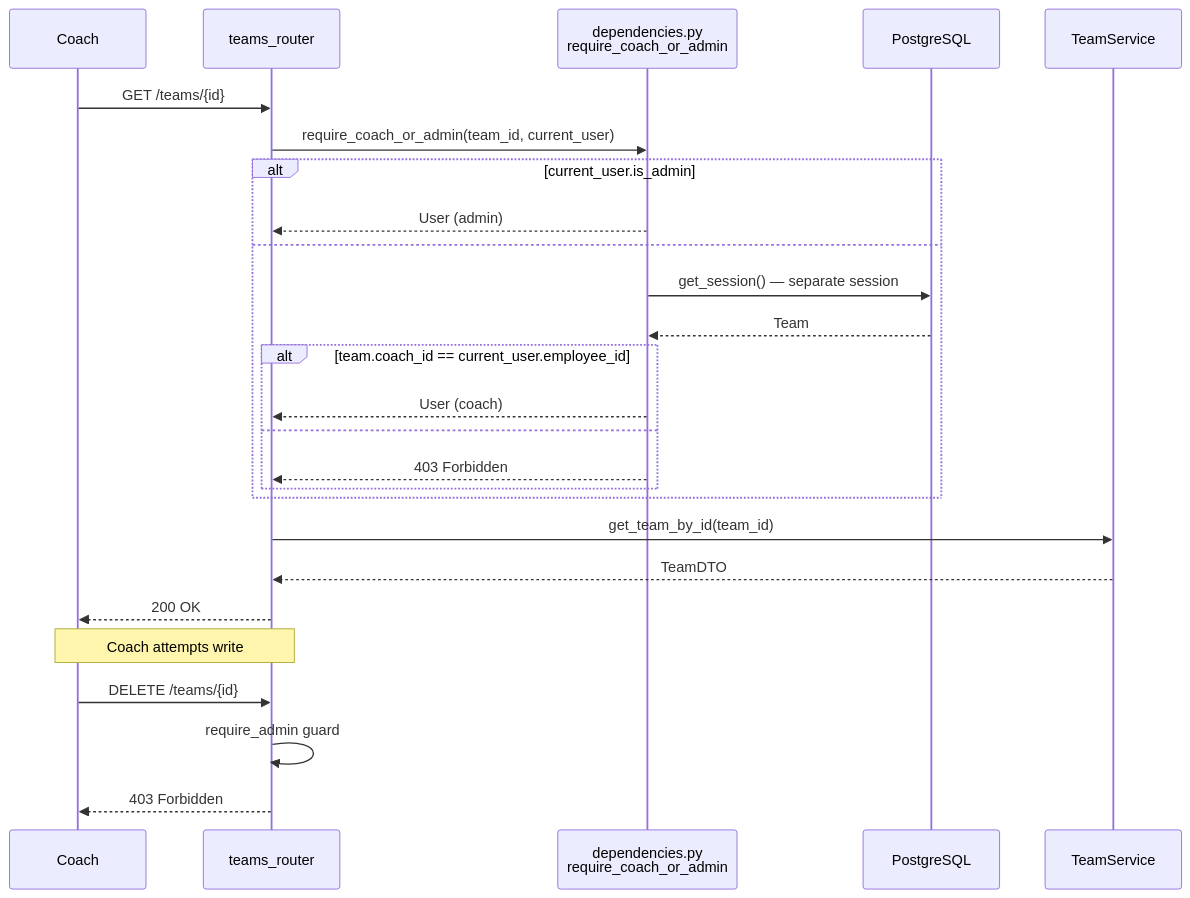
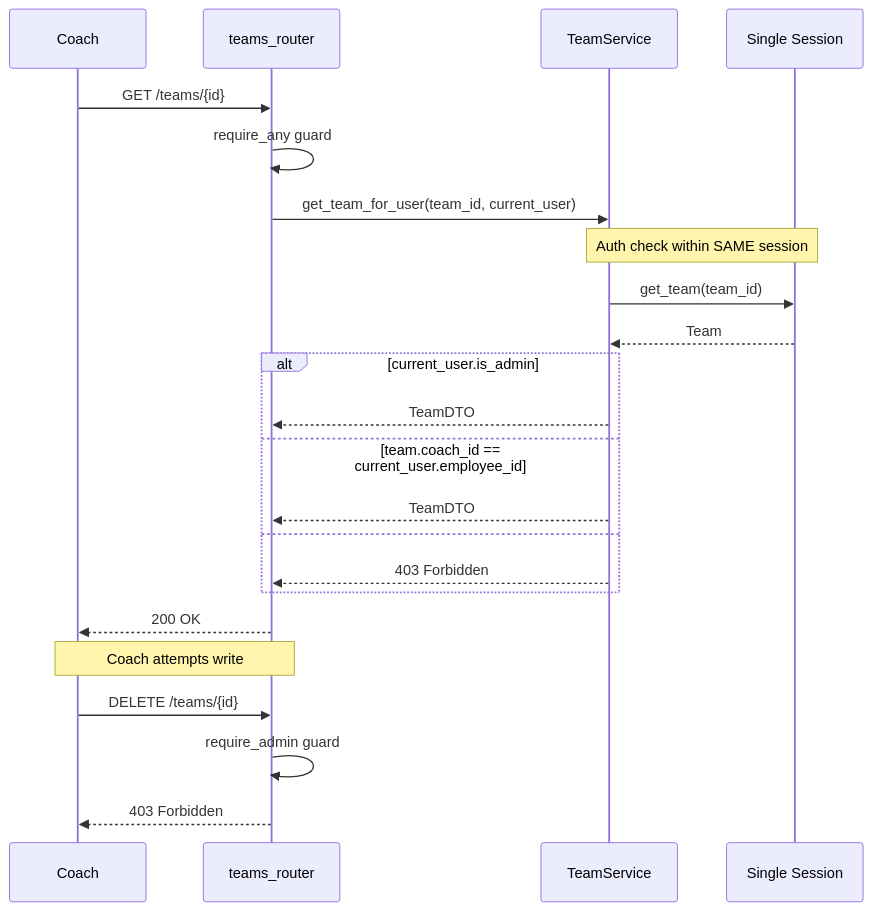
One commit to ibrhmahmd/techno-terminal changed the seventh of 8 diagrams in specs/010-competition-feature-enhancements/audit-report.md. Above: the diagram before and after it, drawn with Mermaid. The commit also changed other lines of this file and 27 other files, not shown here.

````diff
--- a/specs/010-competition-feature-enhancements/audit-report.md
+++ b/specs/010-competition-feature-enhancements/audit-report.md
@@ -357,32 +330,30 @@
 ```mermaid
 sequenceDiagram
     participant Coach
     participant Router as teams_router
-    participant Deps as dependencies.py<br/>require_coach_or_admin
-    participant DB as PostgreSQL
     participant Svc as TeamService
+    participant DB as Single Session
 
     Coach->>Router: GET /teams/{id}
-    Router->>Deps: require_coach_or_admin(team_id, current_user)
+    Router->>Router: require_any guard
+    Router->>Svc: get_team_for_user(team_id, current_user)
+
+    Note over Svc,DB: Auth check within SAME session
+    Svc->>DB: get_team(team_id)
+    DB-->>Svc: Team
 
     alt current_user.is_admin
-        Deps-->>Router: User (admin)
+        Svc-->>Router: TeamDTO
+    else team.coach_id == current_user.employee_id
+        Svc-->>Router: TeamDTO
     else
-        Deps->>DB: get_session() — separate session
-        DB-->>Deps: Team
-        alt team.coach_id == current_user.employee_id
-            Deps-->>Router: User (coach)
-        else
-            Deps-->>Router: 403 Forbidden
-        end
+        Svc-->>Router: 403 Forbidden
     end
 
-    Router->>Svc: get_team_by_id(team_id)
-    Svc-->>Router: TeamDTO
     Router-->>Coach: 200 OK
 
     Note over Coach,Router: Coach attempts write
     Coach->>Router: DELETE /teams/{id}
     Router->>Router: require_admin guard
     Router-->>Coach: 403 Forbidden
 ```
````
